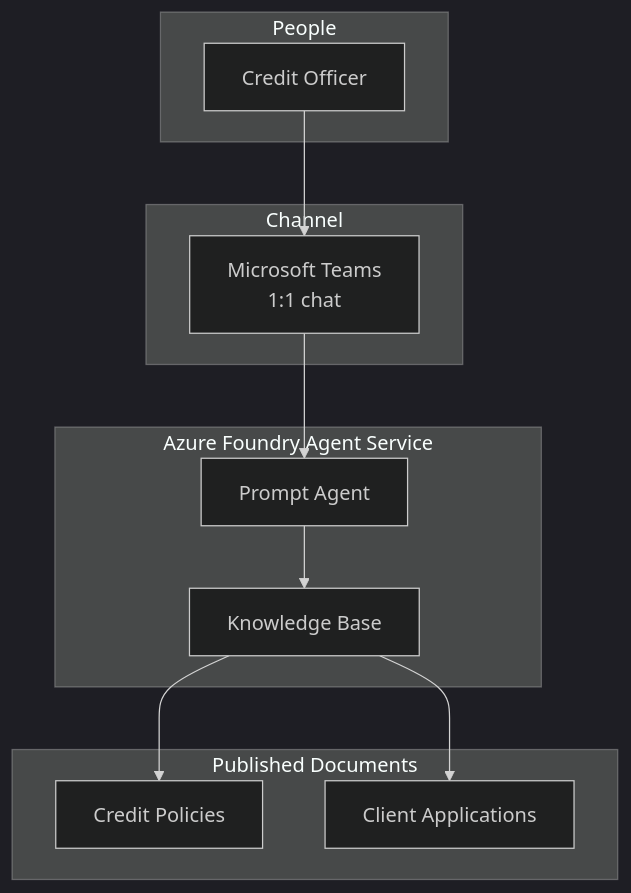
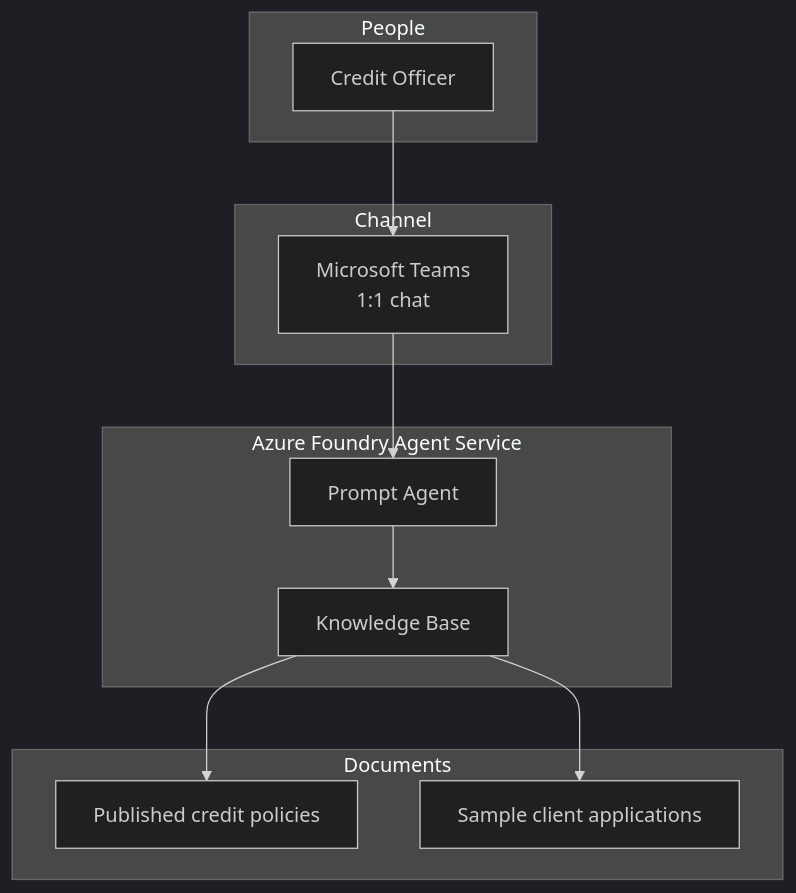
The fourth of 6 diagrams in README.md (kborovik/azure-ai-foundry), drawn with Mermaid (dark theme) before and after one commit. The commit also changed other lines of this file, not shown here.

Commit message:
docs: clarify architecture diagrams and terminology in README

````diff
--- a/README.md
+++ b/README.md
@@ -55,26 +64,26 @@
 ```mermaid
 flowchart TB
   subgraph People
-    RM[Credit Officer]
+    Officer[Credit Officer]
   end
 
   subgraph Channel
     Teams[Microsoft Teams<br/>1:1 chat]
   end
 
   subgraph Foundry["Azure Foundry Agent Service"]
     Agent[Prompt Agent]
     KB[Knowledge Base]
   end
 
-  subgraph Corpus["Published Documents"]
-    Pol[Credit Policies]
-    Apps[Client Applications]
+  subgraph Documents
+    Pol[Published credit policies]
+    Apps[Sample client applications]
   end
 
-  RM --> Teams
+  Officer --> Teams
   Teams --> Agent
   Agent --> KB
   KB --> Pol
   KB --> Apps
 ```
````
